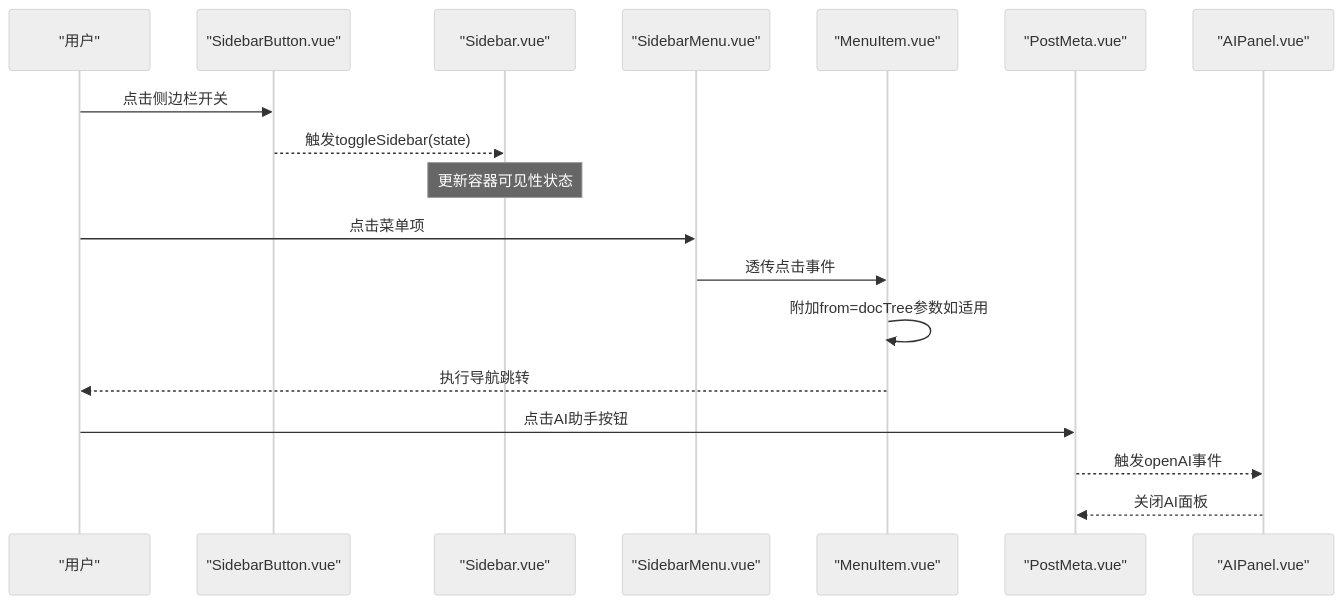
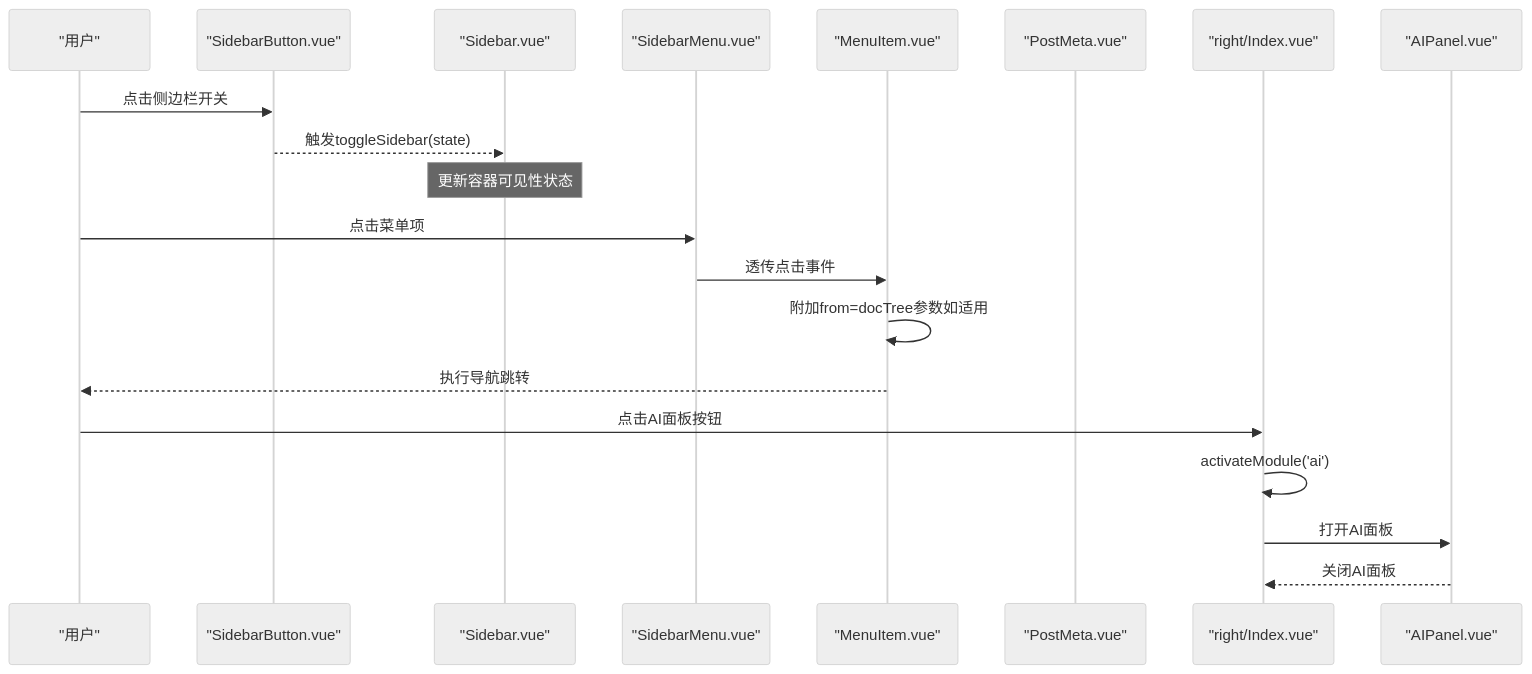
Before and after one commit to terwer/siyuan-plugin-blog: the second of 8 diagrams in .qoder/repowiki/zh/content/核心功能/UI 组件系统/内容组件.md, drawn with Mermaid (neutral theme). The commit also changed other lines of this file and 5 other files, not shown here.

````diff
--- a/.qoder/repowiki/zh/content/核心功能/UI 组件系统/内容组件.md
+++ b/.qoder/repowiki/zh/content/核心功能/UI 组件系统/内容组件.md
@@ -127,20 +123,22 @@
 ```mermaid
 sequenceDiagram
 participant U as "用户"
 participant SB as "SidebarButton.vue"
 participant S as "Sidebar.vue"
 participant SM as "SidebarMenu.vue"
 participant MI as "MenuItem.vue"
 participant PM as "PostMeta.vue"
+participant R as "right/Index.vue"
 participant AIP as "AIPanel.vue"
 U->>SB : 点击侧边栏开关
 SB-->>S : 触发toggleSidebar(state)
 Note over S : 更新容器可见性状态
 U->>SM : 点击菜单项
 SM->>MI : 透传点击事件
 MI->>MI : 附加from=docTree参数如适用
 MI-->>U : 执行导航跳转
-U->>PM : 点击AI助手按钮
-PM-->>AIP : 触发openAI事件
-AIP-->>PM : 关闭AI面板
+U->>R : 点击AI面板按钮
+R->>R : activateModule('ai')
+R->>AIP : 打开AI面板
+AIP-->>R : 关闭AI面板
 ```
````
